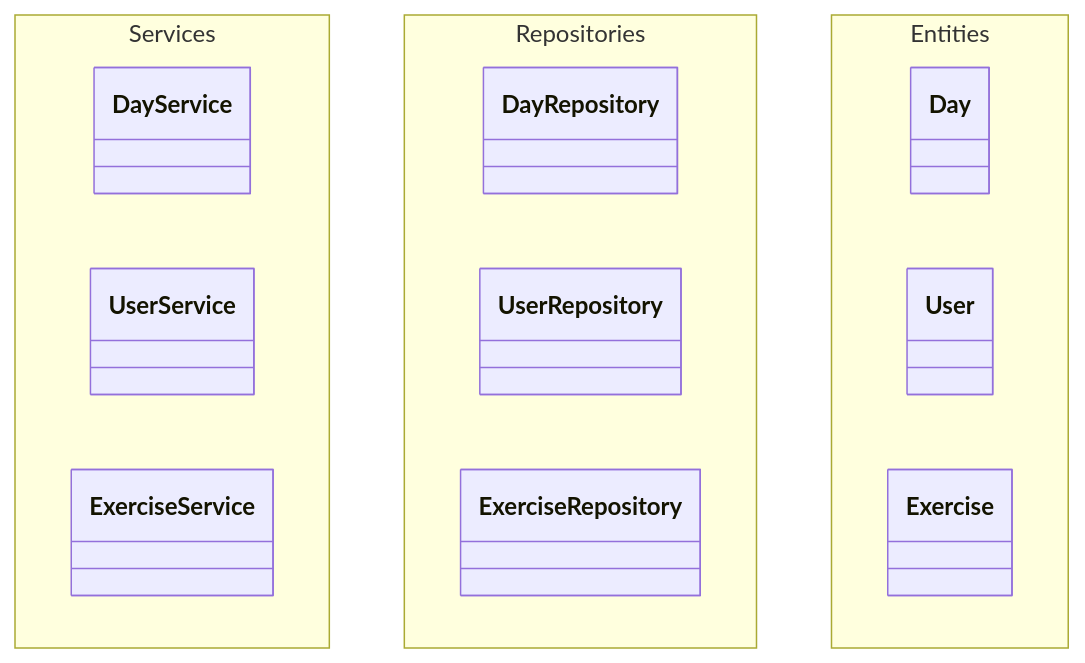
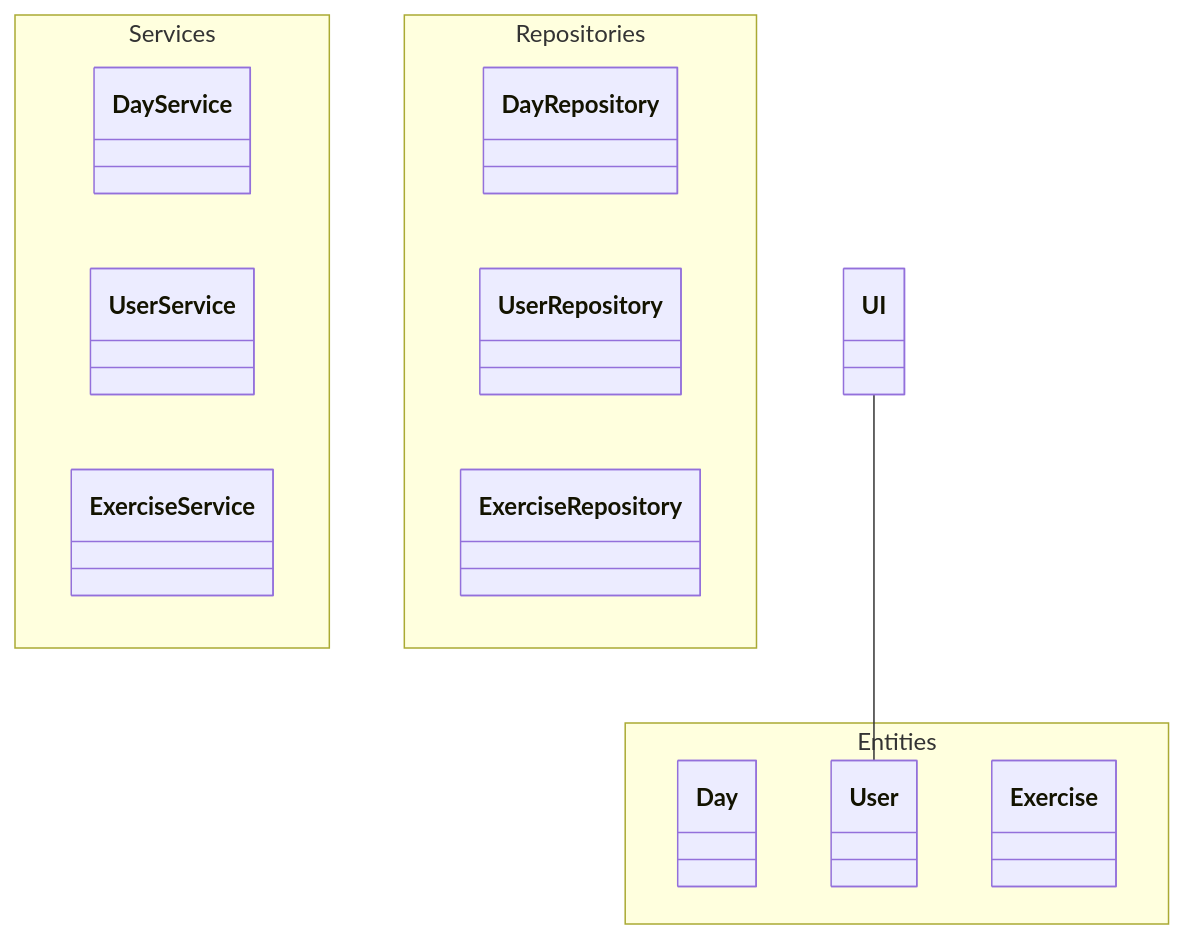
Before and after one commit to MildMunshin/ot-harjoitustyo: the second of 2 diagrams in dokumentaatio/arkkitehtuuri.md, drawn with Mermaid.

````diff
--- a/dokumentaatio/arkkitehtuuri.md
+++ b/dokumentaatio/arkkitehtuuri.md
@@ -24,18 +24,21 @@
 ```mermaid
 classDiagram
     namespace Services {
         class DayService
         class UserService
         class ExerciseService
     }
     namespace Repositories {
         class DayRepository
         class UserRepository
         class ExerciseRepository
     }
     namespace Entities {
         class Day
         class User
         class Exercise
     }
+
+    class UI
+    UI -- User
 ```
````
